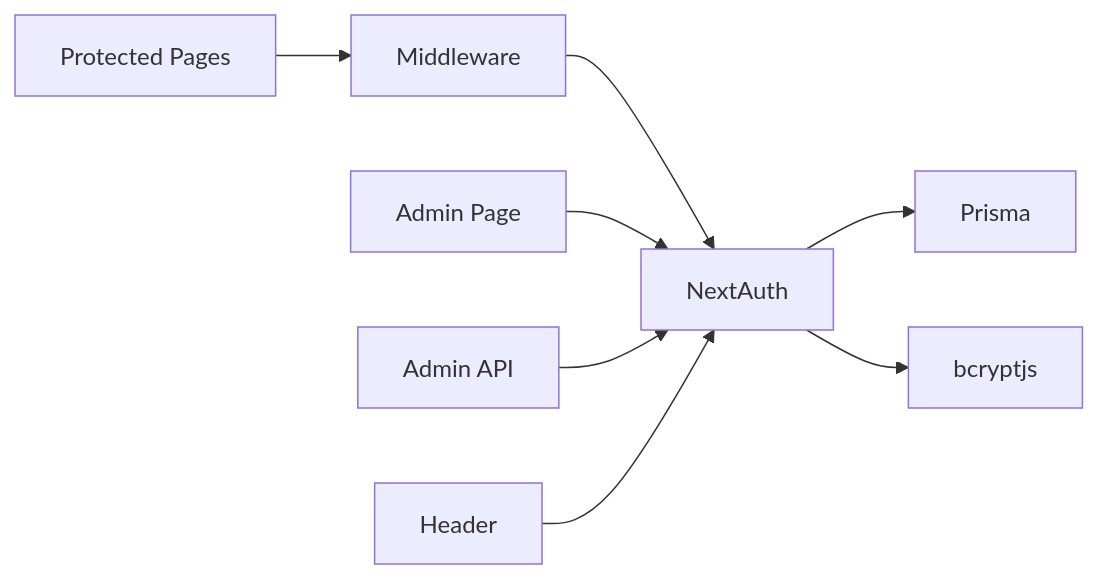
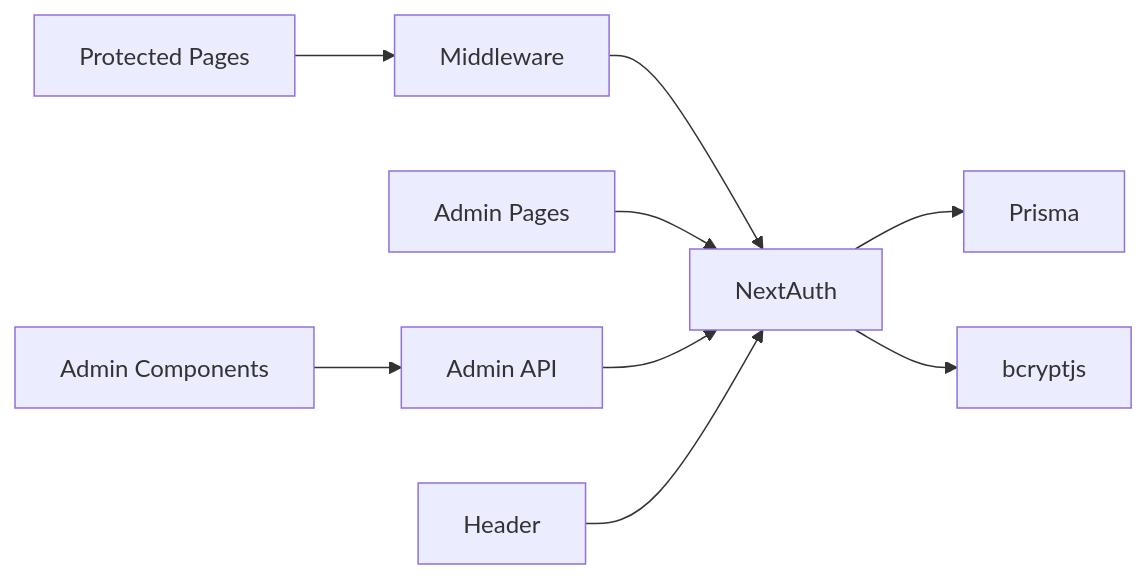
One commit to Crowdspender/titchybooks-app changed diagram 11 of 11 in .qoder/repowiki/en/content/Authentication & Authorization/Authentication & Authorization.md. Above: the diagram before and after it, drawn with Mermaid. The commit also changed other lines of this file and 62 other files, not shown here.

````diff
--- a/.qoder/repowiki/en/content/Authentication & Authorization/Authentication & Authorization.md
+++ b/.qoder/repowiki/en/content/Authentication & Authorization/Authentication & Authorization.md
@@ -382,10 +587,11 @@
 ```mermaid
 graph LR
 NA["NextAuth"] --> PR["Prisma"]
 NA --> BC["bcryptjs"]
 MW["Middleware"] --> NA
 PD["Protected Pages"] --> MW
-AP["Admin Page"] --> NA
+AP["Admin Pages"] --> NA
 AA["Admin API"] --> NA
 HD["Header"] --> NA
+AD["Admin Components"] --> AA
 ```
````
